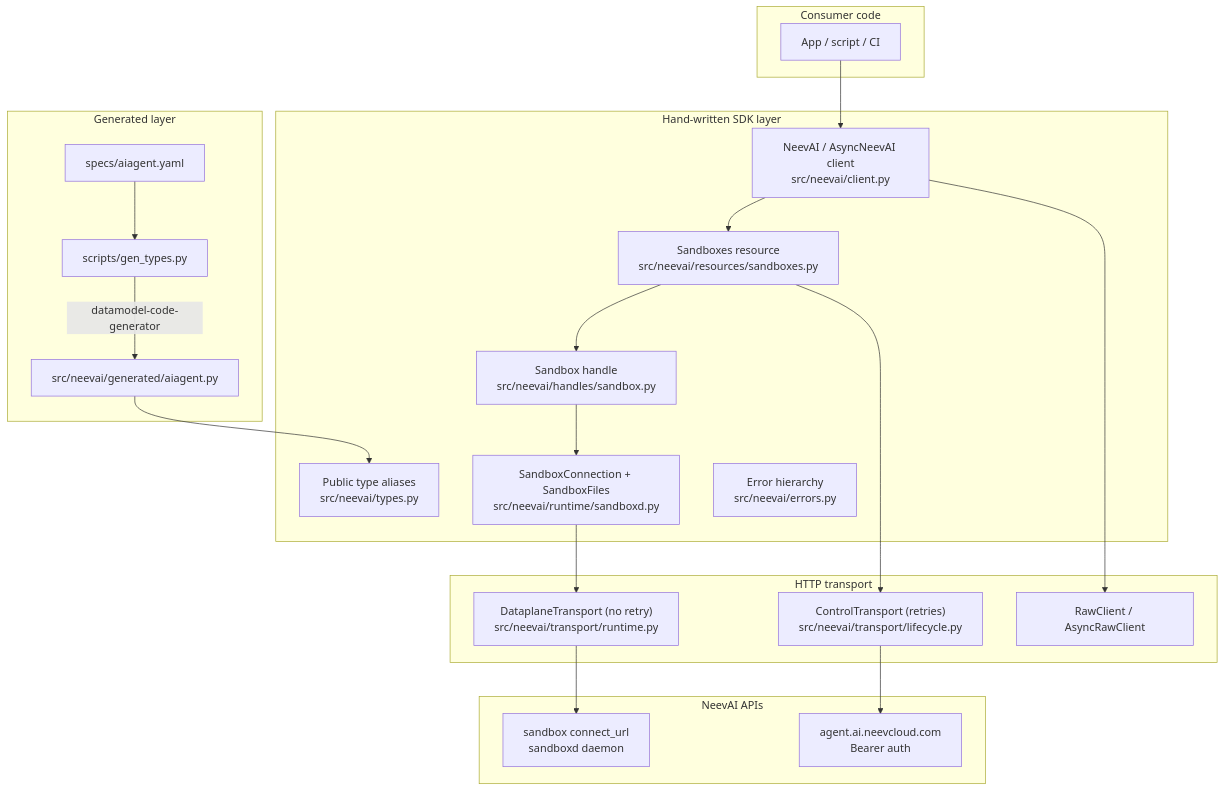
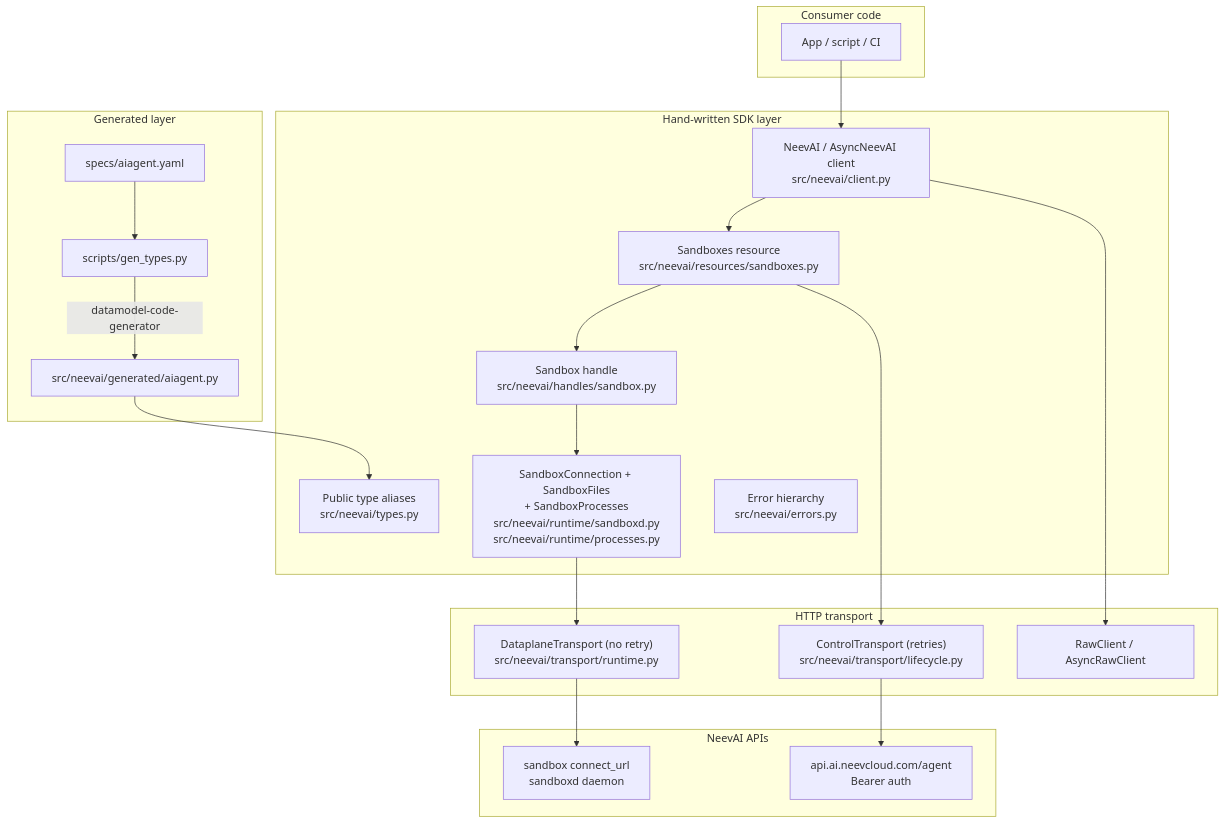
The first of 2 diagrams in docs/architecture.md (NeevCloudAI/neev-sdk-python), drawn with Mermaid before and after one commit. The commit also changed other lines of this file and 26 other files, not shown here.

````diff
--- a/docs/architecture.md
+++ b/docs/architecture.md
@@ -60,46 +59,46 @@
 ```mermaid
 flowchart TB
   subgraph consumer [Consumer code]
     App["App / script / CI"]
   end
 
   subgraph sdk [Hand-written SDK layer]
     NeevAI["NeevAI / AsyncNeevAI client<br/>src/neevai/client.py"]
     Sandboxes["Sandboxes resource<br/>src/neevai/resources/sandboxes.py"]
     SandboxHandle["Sandbox handle<br/>src/neevai/handles/sandbox.py"]
-    Sandboxd["SandboxConnection + SandboxFiles<br/>src/neevai/runtime/sandboxd.py"]
+    Sandboxd["SandboxConnection + SandboxFiles<br/>+ SandboxProcesses<br/>src/neevai/runtime/sandboxd.py<br/>src/neevai/runtime/processes.py"]
     Types["Public type aliases<br/>src/neevai/types.py"]
     Errors["Error hierarchy<br/>src/neevai/errors.py"]
   end
 
   subgraph transport [HTTP transport]
     ControlTransport["ControlTransport (retries)<br/>src/neevai/transport/lifecycle.py"]
     DataplaneTransport["DataplaneTransport (no retry)<br/>src/neevai/transport/runtime.py"]
     RawClient["RawClient / AsyncRawClient"]
   end
 
   subgraph generated [Generated layer]
     Spec["specs/aiagent.yaml"]
     GenScript["scripts/gen_types.py"]
     GenTypes["src/neevai/generated/aiagent.py"]
   end
 
   subgraph apis [NeevAI APIs]
-    ControlPlane["agent.ai.neevcloud.com<br/>Bearer auth"]
+    ControlPlane["api.ai.neevcloud.com/agent<br/>Bearer auth"]
     DataPlane["sandbox connect_url<br/>sandboxd daemon"]
   end
 
   App --> NeevAI
   NeevAI --> Sandboxes
   Sandboxes --> SandboxHandle
   SandboxHandle --> Sandboxd
   Sandboxes --> ControlTransport
   NeevAI --> RawClient
   Sandboxd --> DataplaneTransport
   ControlTransport --> ControlPlane
   DataplaneTransport --> DataPlane
 
   Spec --> GenScript
   GenScript -->|"datamodel-code-generator"| GenTypes
   GenTypes --> Types
 ```
````
